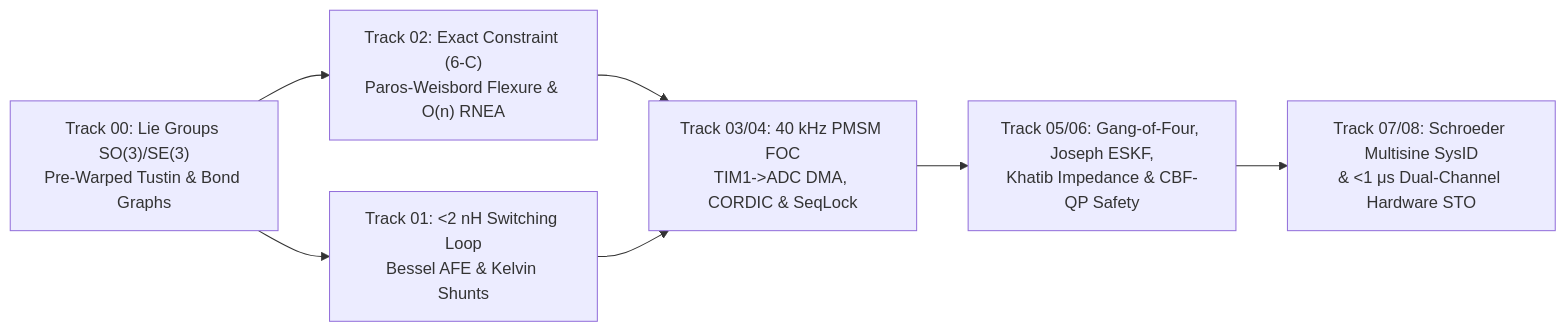
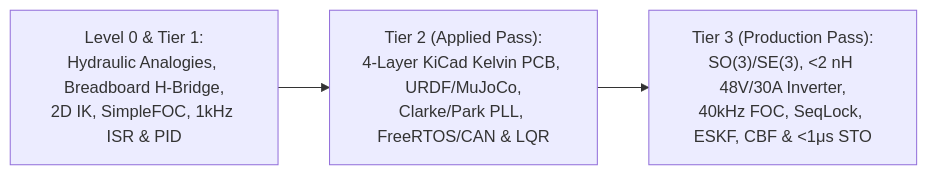
One commit to TLE47/Mechatronics-Roadmap changed the diagram in resources/mechatronics-cheatsheet.md. Above: the diagram before and after it, drawn with Mermaid. The commit also changed other lines of this file and 13 other files, not shown here.

First line of the commit message:
docs: add tiered roadmap navigation to tracks

````diff
--- a/resources/mechatronics-cheatsheet.md
+++ b/resources/mechatronics-cheatsheet.md
@@ -9,9 +9,5 @@
 ```mermaid
 flowchart LR
-    MATH["Track 00: Lie Groups SO(3)/SE(3)<br/>Pre-Warped Tustin & Bond Graphs"] --> MECH["Track 02: Exact Constraint (6-C)<br/>Paros-Weisbord Flexure & O(n) RNEA"]
-    MATH --> ELEC["Track 01: <2 nH Switching Loop<br/>Bessel AFE & Kelvin Shunts"]
-    MECH --> FOC["Track 03/04: 40 kHz PMSM FOC<br/>TIM1->ADC DMA, CORDIC & SeqLock"]
-    ELEC --> FOC
-    FOC --> CTRL["Track 05/06: Gang-of-Four, Joseph ESKF,<br/>Khatib Impedance & CBF-QP Safety"]
-    CTRL --> HIL["Track 07/08: Schroeder Multisine SysID<br/>& <1 μs Dual-Channel Hardware STO"]
+    L0["Level 0 & Tier 1:<br/>Hydraulic Analogies, Breadboard H-Bridge,<br/>2D IK, SimpleFOC, 1kHz ISR & PID"] --> T2["Tier 2 (Applied Pass):<br/>4-Layer KiCad Kelvin PCB, URDF/MuJoCo,<br/>Clarke/Park PLL, FreeRTOS/CAN & LQR"]
+    T2 --> T3["Tier 3 (Production Pass):<br/>SO(3)/SE(3), <2 nH 48V/30A Inverter,<br/>40kHz FOC, SeqLock, ESKF, CBF & <1μs STO"]
 ```
````
